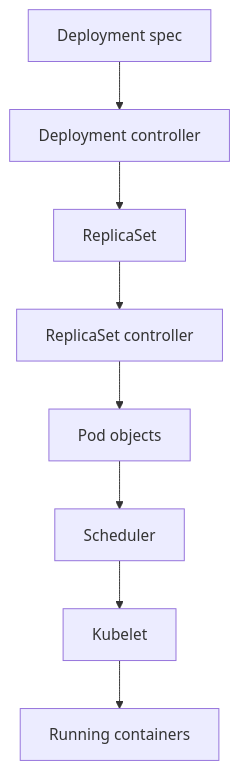
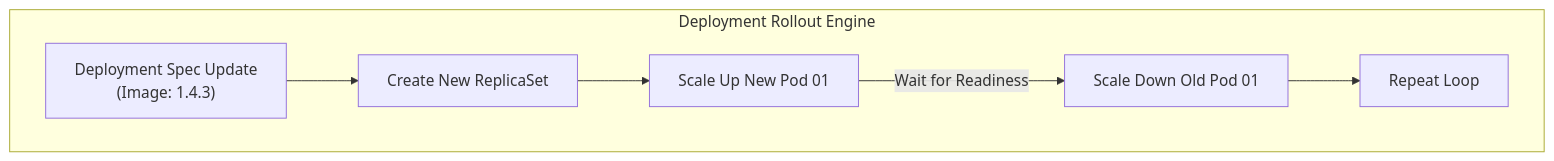
Before and after one commit to senlinyy/dev-roadmaps: the third of 3 diagrams in containers-orchestration/kubernetes/fundamentals/desired-state-and-reconciliation.md, drawn with Mermaid. The commit also changed other lines of this file and 343 other files, not shown here.

````diff
--- a/containers-orchestration/kubernetes/fundamentals/desired-state-and-reconciliation.md
+++ b/containers-orchestration/kubernetes/fundamentals/desired-state-and-reconciliation.md
@@ -115,10 +335,9 @@
 ```mermaid
 flowchart TD
-    A["Deployment spec"] --> B["Deployment controller"]
-    B --> C["ReplicaSet"]
-    C --> D["ReplicaSet controller"]
-    D --> E["Pod objects"]
-    E --> F["Scheduler"]
-    F --> G["Kubelet"]
-    G --> H["Running containers"]
+    subgraph RolloutStage["Deployment Rollout Engine"]
+        A["Deployment Spec Update<br/>(Image: 1.4.3)"] --> B["Create New ReplicaSet"]
+        B --> C["Scale Up New Pod 01"]
+        C --> |Wait for Readiness| D["Scale Down Old Pod 01"]
+        D --> E["Repeat Loop"]
+    end
 ```
````
